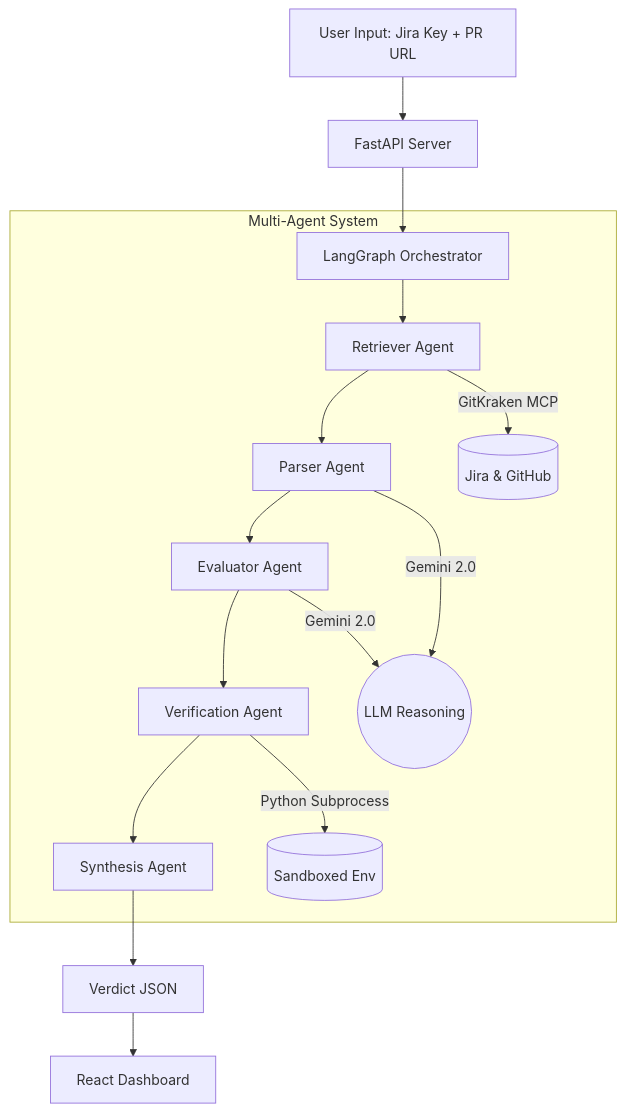
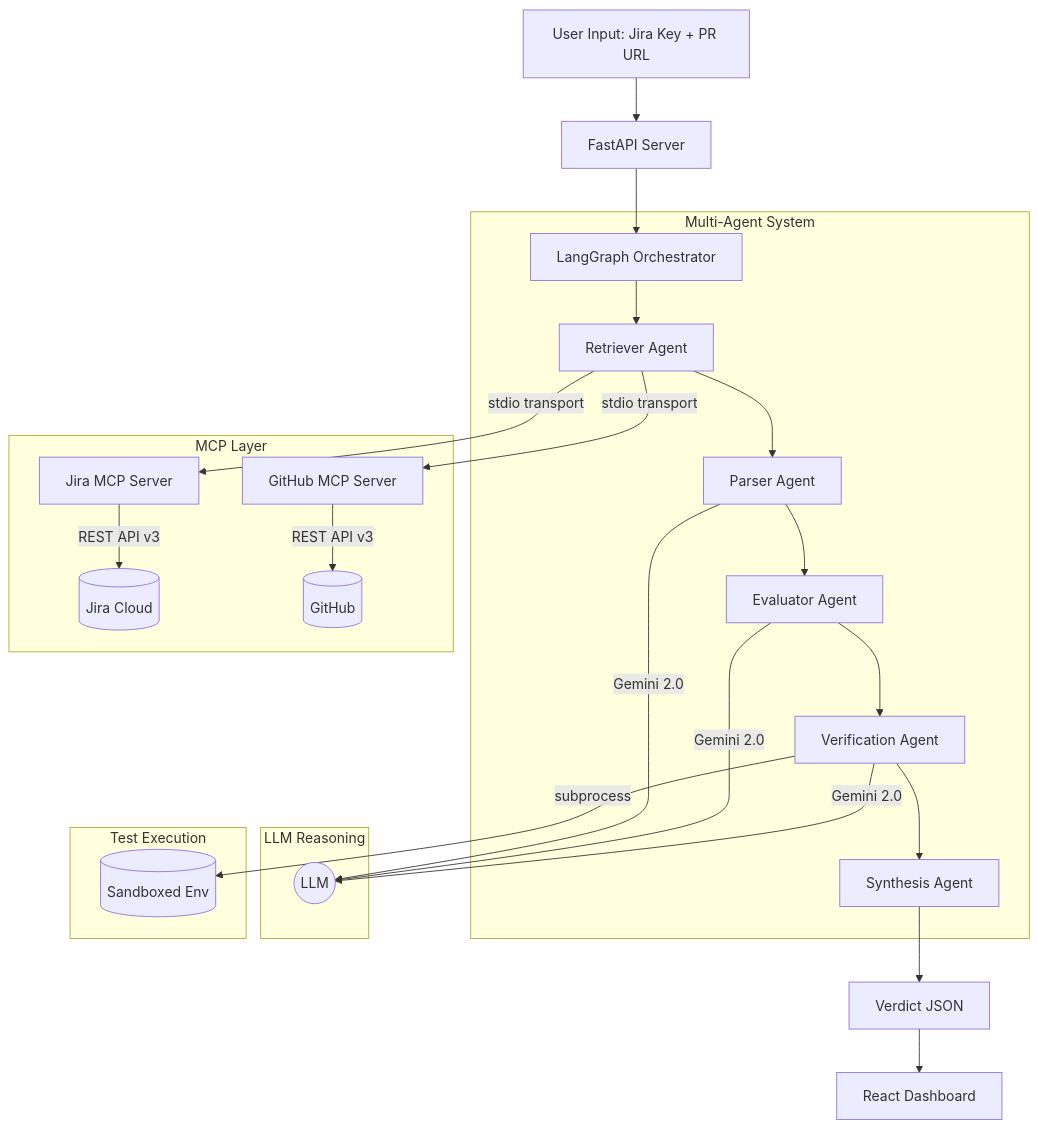
The diagram in docs/architecture.md (knoxiboy/JiraForReckon), drawn with Mermaid before and after one commit. The commit also changed other lines of this file and 18 other files, not shown here.

````diff
--- a/docs/architecture.md
+++ b/docs/architecture.md
@@ -5,21 +5,33 @@
 ```mermaid
 graph TD
     A[User Input: Jira Key + PR URL] --> B[FastAPI Server]
     B --> C[LangGraph Orchestrator]
     
     subgraph Multi-Agent System
         C --> D[Retriever Agent]
         D --> E[Parser Agent]
         E --> F[Evaluator Agent]
         F --> G[Verification Agent]
         G --> H[Synthesis Agent]
-        
-        D -- GitKraken MCP --> I[(Jira & GitHub)]
-        E -- Gemini 2.0 --> J((LLM Reasoning))
-        F -- Gemini 2.0 --> J
-        G -- Python Subprocess --> K[(Sandboxed Env)]
+    end
+
+    subgraph MCP Layer
+        D -- "stdio transport" --> I[Jira MCP Server]
+        D -- "stdio transport" --> J[GitHub MCP Server]
+        I -- "REST API v3" --> K[(Jira Cloud)]
+        J -- "REST API v3" --> L[(GitHub)]
+    end
+
+    subgraph LLM Reasoning
+        E -- Gemini 2.0 --> M((LLM))
+        F -- Gemini 2.0 --> M
+        G -- Gemini 2.0 --> M
+    end
+
+    subgraph Test Execution
+        G -- subprocess --> N[(Sandboxed Env)]
     end
     
-    H --> L[Verdict JSON]
-    L --> M[React Dashboard]
+    H --> O[Verdict JSON]
+    O --> P[React Dashboard]
 ```
````
